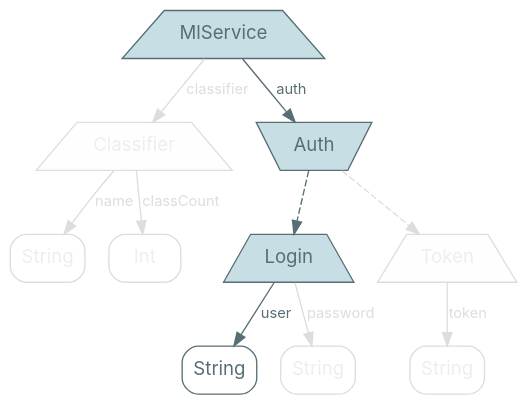
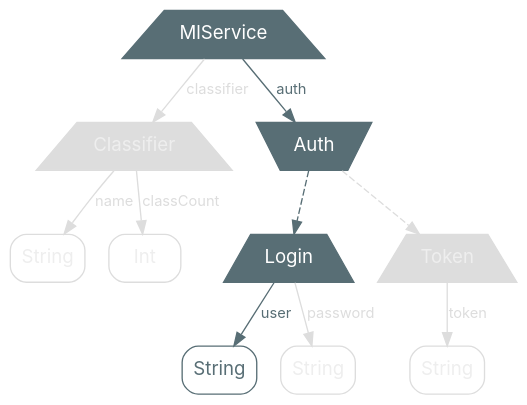
The diagram in src/graphviz/service-user.dot (nrinaudo/optics-from-the-ground-up), drawn with Graphviz before and after one commit. The commit also changed 21 other files, not shown here.

Commit message:
Fix colours in graphs

```diff
--- a/src/graphviz/service-user.dot
+++ b/src/graphviz/service-user.dot
@@ -1,42 +1,42 @@
 digraph {
     bgcolor=transparent
 
     // Default theme
     node[shape="rectangle" style="rounded,filled" color="#586E75" fillcolor="#ffffff" fontcolor="#586E75" fontname="Inter,Arial"]
     edge[color="#586E75" fontcolor="#586E75" fontname="Inter,Arial" fontsize=11]
 
     // product types
-    mlService, classifier, login, token [shape=trapezium style=filled fillcolor="#C8DEE5"]
+    mlService, classifier, login, token [shape=trapezium style=filled fontcolor="#FFFFFF" fillcolor="#586E75"]
 
     // sum types
-    auth[shape=invtrapezium, style=filled fillcolor="#C8DEE5"]
+    auth[shape=invtrapezium, style=filled fontcolor="#FFFFFF" fillcolor="#586E75"]
 
     mlService[label=MlService]
 
-    classifier[label=Classifier color="#dddddd" fontcolor="#eeeeee" fillcolor="#fefefe"]
+    classifier[label=Classifier fillcolor="#dddddd" color="#dddddd" fontcolor="#eeeeee"]
     classifier_name[label=String shape=box color="#dddddd" fontcolor="#eeeeee"]
     classifier_classCount[label=Int shape=box color="#dddddd" fontcolor="#eeeeee"]
 
     auth[label=Auth]
 
     login[label=Login]
     login_user[label=String shape=box]
     login_password[label=String shape=box color="#dddddd" fontcolor="#eeeeee"]
 
-    token[label=Token color="#dddddd" fontcolor="#eeeeee" fillcolor="#fefefe"]
+    token[label=Token fillcolor="#dddddd" color="#dddddd" fontcolor="#eeeeee"]
     token_token[label=String shape=box color="#dddddd" fontcolor="#eeeeee"]
 
     mlService -> classifier[label=classifier color="#dddddd" fontcolor="#dddddd"]
     mlService -> auth[label=auth]
 
     classifier -> classifier_name[label=name color="#dddddd" fontcolor="#dddddd"]
     classifier -> classifier_classCount[label=classCount color="#dddddd" fontcolor="#dddddd"]
 
     token -> token_token[label=token color="#dddddd" fontcolor="#dddddd"]
 
     login -> login_user[label=user]
     login -> login_password[label=password color="#dddddd" fontcolor="#dddddd"]
 
     auth -> token[style=dashed color="#dddddd" fontcolor="#dddddd"]
     auth -> login[style=dashed]
 }
```
